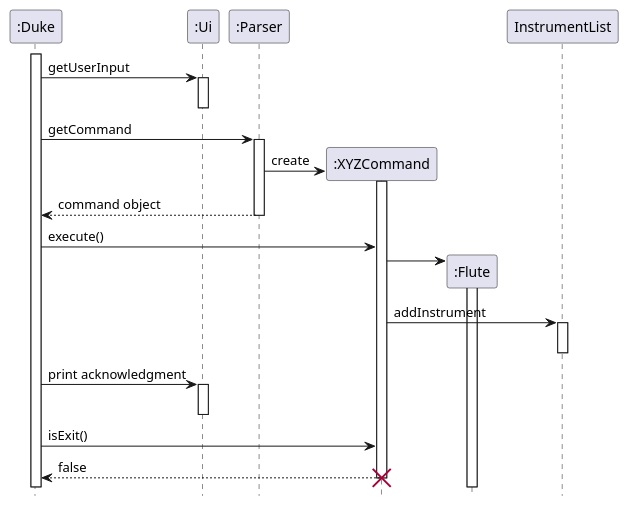
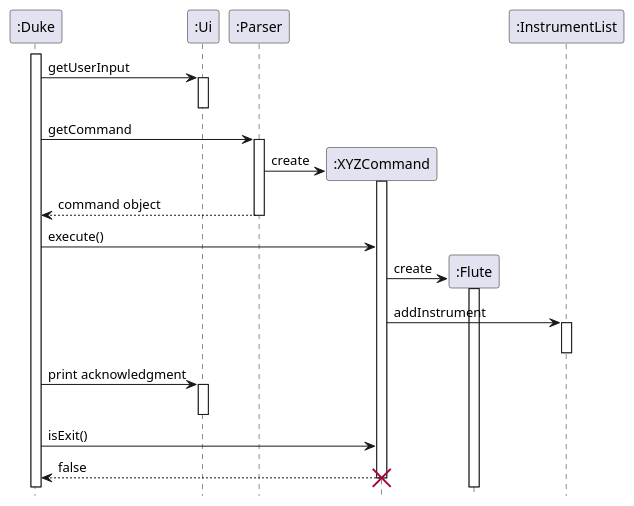
One commit to adoorknob/tp changed the diagram in docs/uml-diagrams/uml-source/ArchiSequenceDiagram.puml. Above: the diagram before and after it, drawn with PlantUML. The commit also changed 10 other files, not shown here.

Commit message:
Fix DG UML diagrams and typos

```diff
--- a/docs/uml-diagrams/uml-source/ArchiSequenceDiagram.puml
+++ b/docs/uml-diagrams/uml-source/ArchiSequenceDiagram.puml
@@ -1,30 +1,30 @@
 @startuml
 hide footbox
 participant Duke as ":Duke"
 activate Duke
 participant Ui as ":Ui"
 participant Parser as ":Parser"
 
     Duke -> Ui : getUserInput
     activate Ui
     deactivate Ui
     Duke -> Parser : getCommand
     activate Parser
     Parser -> ":XYZCommand" ** : create
     activate ":XYZCommand"
     Duke <-- Parser : command object
     deactivate Parser
     Duke -> ":XYZCommand" : execute()
-    ":XYZCommand" -> ":Flute" **
+    ":XYZCommand" -> ":Flute" ** : create
     activate ":Flute"
-    ":XYZCommand" -> InstrumentList : addInstrument
-    activate InstrumentList
-    deactivate InstrumentList
+    ":XYZCommand" -> ":InstrumentList" : addInstrument
+    activate ":InstrumentList"
+    deactivate ":InstrumentList"
     Duke -> Ui : print acknowledgment
     activate Ui
     deactivate Ui
     Duke -> ":XYZCommand" : isExit()
     Duke <-- ":XYZCommand" : false
     destroy ":XYZCommand"
 
 @enduml
```
